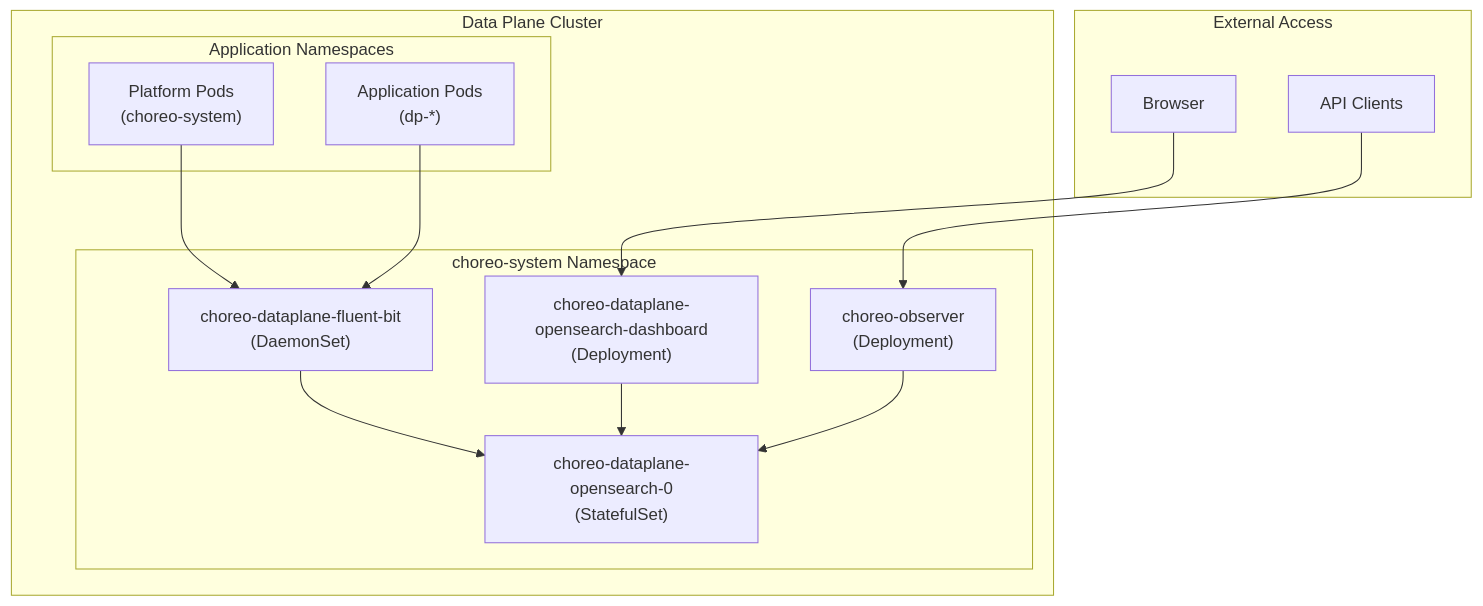
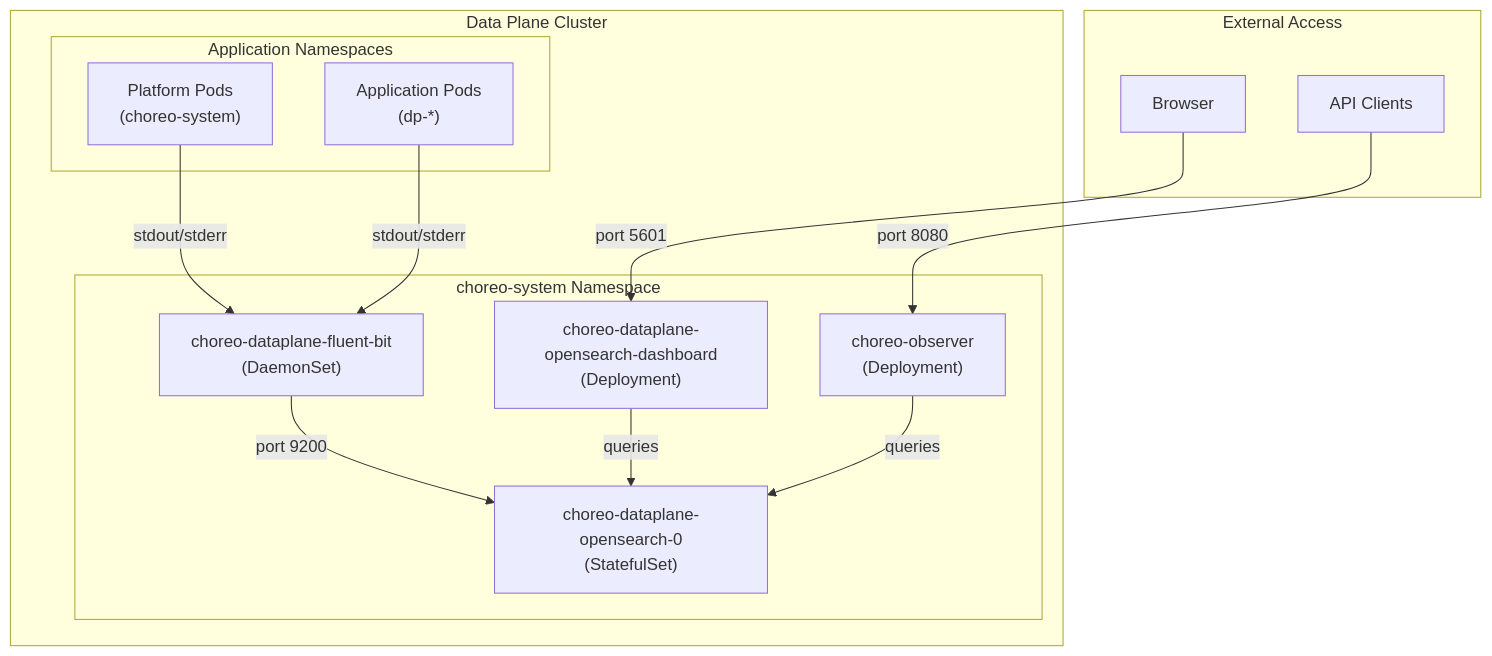
Before and after one commit to openchoreo/openchoreo: the first of 3 diagrams in docs/deepwiki/Logging-Architecture.md, drawn with Mermaid. The commit also changed other lines of this file and 85 other files, not shown here.

Commit message:
feat: Add new workflow and specification templates, update Helm chart dependencies, and clarify documentation diagrams.

````diff
--- a/docs/deepwiki/Logging-Architecture.md
+++ b/docs/deepwiki/Logging-Architecture.md
@@ -34,40 +34,40 @@
 ```mermaid
 flowchart TD
 
 FB["choreo-dataplane-fluent-bit<br>(DaemonSet)"]
 OS["choreo-dataplane-opensearch-0<br>(StatefulSet)"]
 OSD["choreo-dataplane-opensearch-dashboard<br>(Deployment)"]
 OBS["choreo-observer<br>(Deployment)"]
 SysPods["Platform Pods<br>(choreo-system)"]
 AppPods["Application Pods<br>(dp-*)"]
 Browser["Browser"]
 API["API Clients"]
 
-Browser --> OSD
-API --> OBS
+Browser -->|"port 5601"| OSD
+API -->|"port 8080"| OBS
 
 subgraph subGraph3 ["External Access"]
     Browser
     API
 end
 
 subgraph subGraph2 ["Data Plane Cluster"]
-    SysPods --> FB
-    AppPods --> FB
+    SysPods -->|"stdout/stderr"| FB
+    AppPods -->|"stdout/stderr"| FB
 
 subgraph subGraph1 ["Application Namespaces"]
     SysPods
     AppPods
 end
 
 subgraph subGraph0 ["choreo-system Namespace"]
     FB
     OS
     OSD
     OBS
-    FB --> OS
-    OSD --> OS
-    OBS --> OS
+    FB -->|"port 9200"| OS
+    OSD -->|"queries"| OS
+    OBS -->|"queries"| OS
 end
 end
 ```
````
